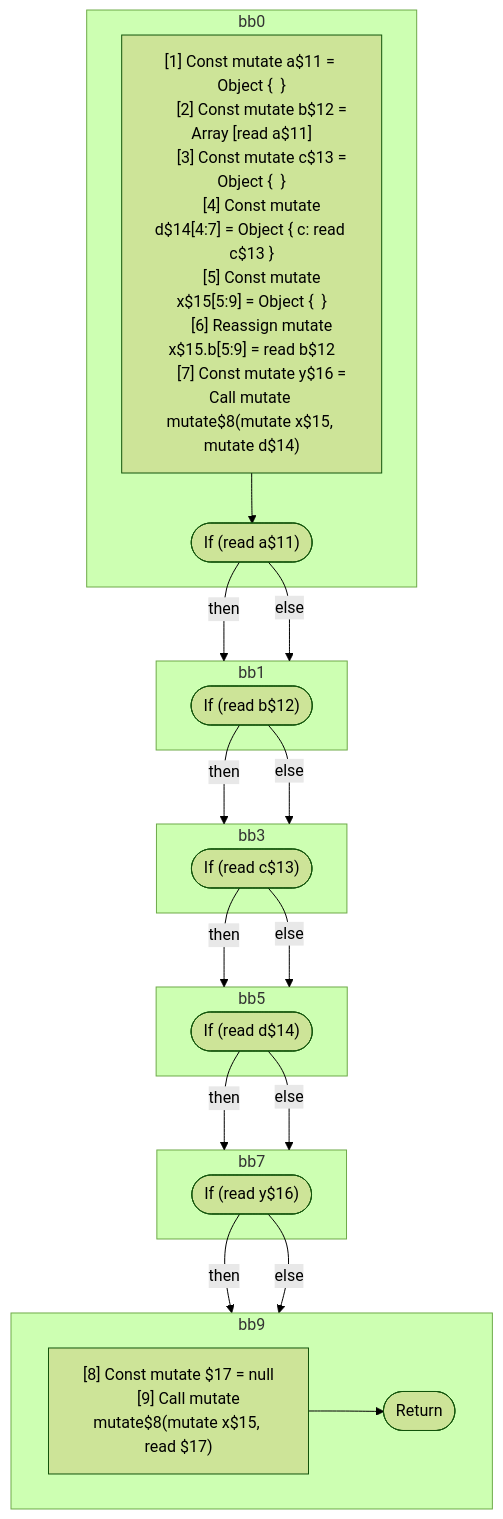
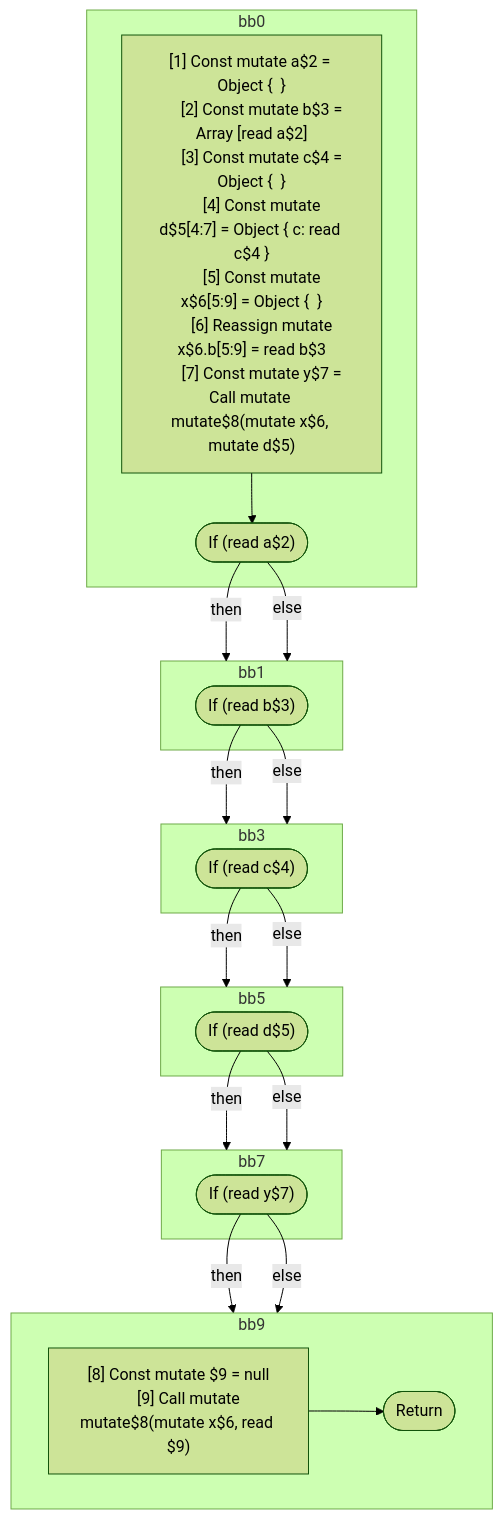
Before and after one commit to wutsmog/private: the second of 2 diagrams in compiler/forget/src/__tests__/fixtures/hir/mutable-lifetime-with-aliasing.expect.md, drawn with Mermaid (forest theme). The commit also changed other lines of this file and 57 other files, not shown here.

````diff
--- a/compiler/forget/src/__tests__/fixtures/hir/mutable-lifetime-with-aliasing.expect.md
+++ b/compiler/forget/src/__tests__/fixtures/hir/mutable-lifetime-with-aliasing.expect.md
@@ -99,48 +99,48 @@
 ```mermaid
 flowchart TB
   %% Basic Blocks
   subgraph bb0
     bb0_instrs["
-      [1] Const mutate a$11 = Object {  }
-      [2] Const mutate b$12 = Array [read a$11]
-      [3] Const mutate c$13 = Object {  }
-      [4] Const mutate d$14[4:7] = Object { c: read c$13 }
-      [5] Const mutate x$15[5:9] = Object {  }
-      [6] Reassign mutate x$15.b[5:9] = read b$12
-      [7] Const mutate y$16 = Call mutate mutate$8(mutate x$15, mutate d$14)
+      [1] Const mutate a$2 = Object {  }
+      [2] Const mutate b$3 = Array [read a$2]
+      [3] Const mutate c$4 = Object {  }
+      [4] Const mutate d$5[4:7] = Object { c: read c$4 }
+      [5] Const mutate x$6[5:9] = Object {  }
+      [6] Reassign mutate x$6.b[5:9] = read b$3
+      [7] Const mutate y$7 = Call mutate mutate$8(mutate x$6, mutate d$5)
     "]
-    bb0_instrs --> bb0_terminal(["If (read a$11)"])
+    bb0_instrs --> bb0_terminal(["If (read a$2)"])
   end
   subgraph bb1
-    bb1_terminal(["If (read b$12)"])
+    bb1_terminal(["If (read b$3)"])
   end
   subgraph bb3
-    bb3_terminal(["If (read c$13)"])
+    bb3_terminal(["If (read c$4)"])
   end
   subgraph bb5
-    bb5_terminal(["If (read d$14)"])
+    bb5_terminal(["If (read d$5)"])
   end
   subgraph bb7
-    bb7_terminal(["If (read y$16)"])
+    bb7_terminal(["If (read y$7)"])
   end
   subgraph bb9
     bb9_instrs["
-      [8] Const mutate $17 = null
-      [9] Call mutate mutate$8(mutate x$15, read $17)
+      [8] Const mutate $9 = null
+      [9] Call mutate mutate$8(mutate x$6, read $9)
     "]
     bb9_instrs --> bb9_terminal(["Return"])
   end
 
   %% Jumps
   bb0_terminal -- then --> bb1
   bb0_terminal -- else --> bb1
   bb1_terminal -- then --> bb3
   bb1_terminal -- else --> bb3
   bb3_terminal -- then --> bb5
   bb3_terminal -- else --> bb5
   bb5_terminal -- then --> bb7
   bb5_terminal -- else --> bb7
   bb7_terminal -- then --> bb9
   bb7_terminal -- else --> bb9
 
 ```
````
